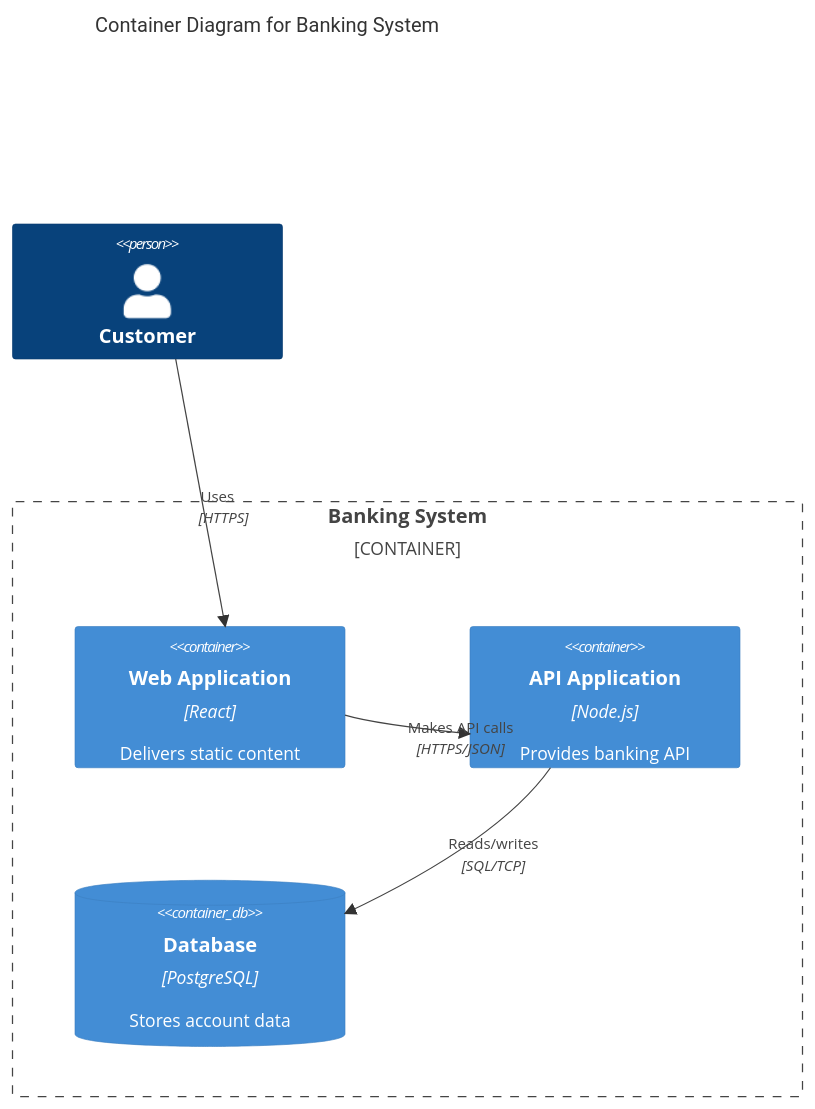
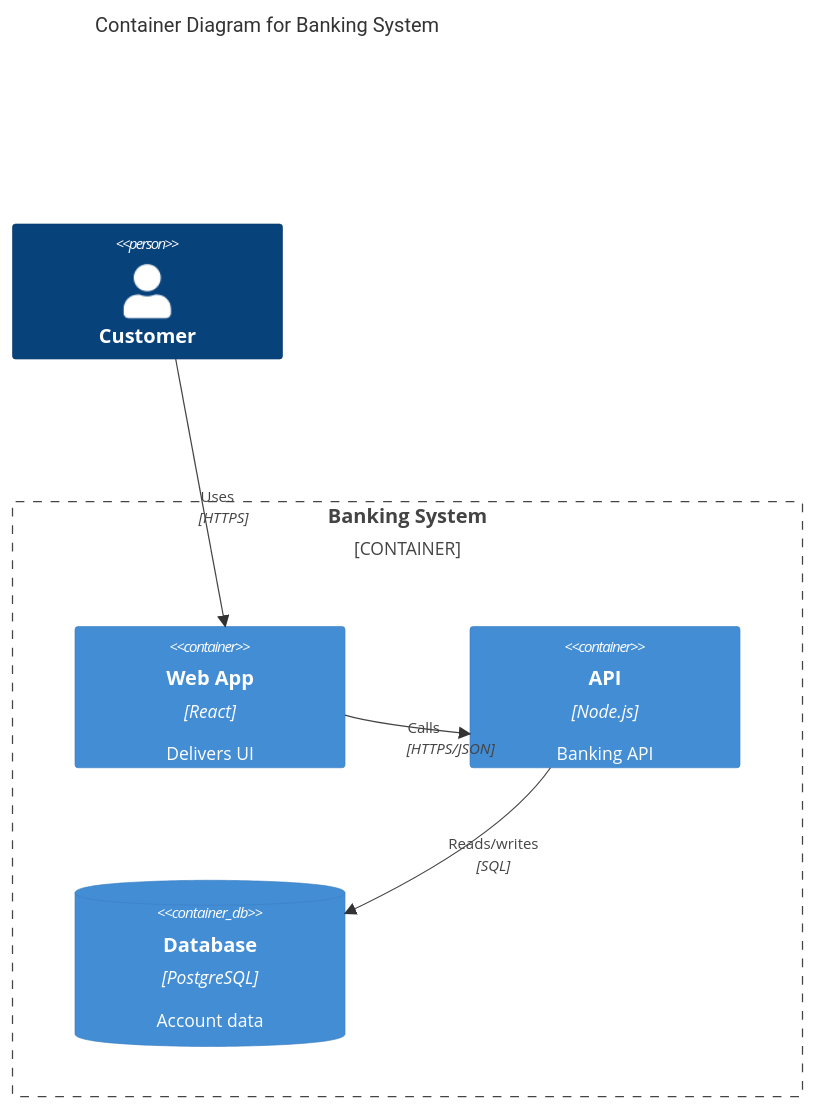
One commit to el-feo/ai-context changed the second of 3 diagrams in plugins/general/skills/mermaid-diagrams/references/c4-diagrams.md. Above: the diagram before and after it, drawn with Mermaid. The commit also changed other lines of this file and 8 other files, not shown here.

First line of the commit message:
refactor(general): reduce mermaid-diagrams SKILL.md and trim oversized references (#207)

````diff
--- a/plugins/general/skills/mermaid-diagrams/references/c4-diagrams.md
+++ b/plugins/general/skills/mermaid-diagrams/references/c4-diagrams.md
@@ -96,16 +52,16 @@
 ```mermaid
 C4Container
     title Container Diagram for Banking System
-    
+
     Person(customer, "Customer")
-    
+
     Container_Boundary(banking, "Banking System") {
-        Container(web, "Web Application", "React", "Delivers static content")
-        Container(api, "API Application", "Node.js", "Provides banking API")
-        ContainerDb(db, "Database", "PostgreSQL", "Stores account data")
+        Container(web, "Web App", "React", "Delivers UI")
+        Container(api, "API", "Node.js", "Banking API")
+        ContainerDb(db, "Database", "PostgreSQL", "Account data")
     }
-    
+
     Rel(customer, web, "Uses", "HTTPS")
-    Rel(web, api, "Makes API calls", "HTTPS/JSON")
-    Rel(api, db, "Reads/writes", "SQL/TCP")
+    Rel(web, api, "Calls", "HTTPS/JSON")
+    Rel(api, db, "Reads/writes", "SQL")
 ```
````
